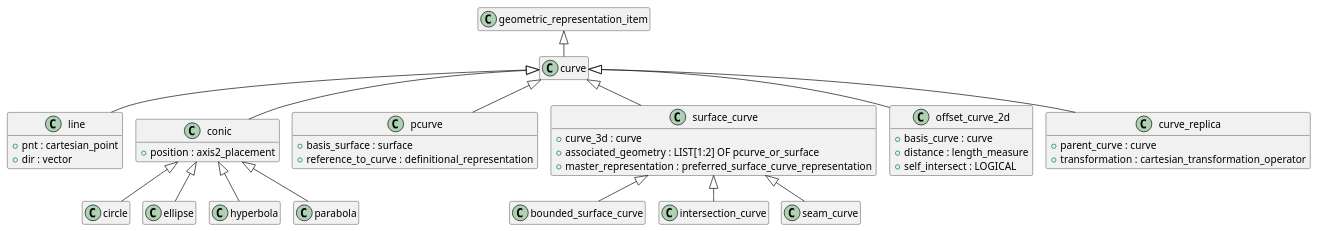
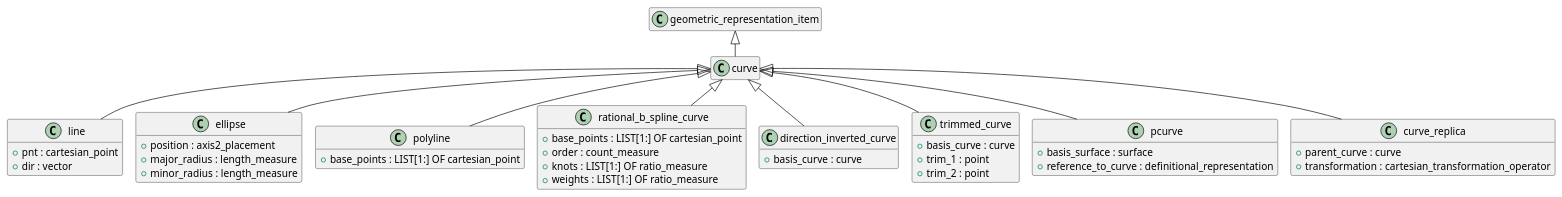
The diagram in 005_Geometry+Topology/geometry/source/curve.pu (chukkaba/10303), drawn with PlantUML before and after one commit. The commit also changed 1 other file, not shown here.

Commit message:
Доработано описание кривых и исходные данные для построения диаграммы классов.

```diff
--- a/005_Geometry+Topology/geometry/source/curve.pu
+++ b/005_Geometry+Topology/geometry/source/curve.pu
@@ -1,87 +1,67 @@
 @startuml
 skinparam groupInheritance 2
 !pragma layout smetana
 hide empty members
 
 class geometric_representation_item {
 }
 
 class curve {
 }
 
 class line {
   +pnt : cartesian_point
   +dir : vector
 }
 
-class conic {
+class ellipse {
   +position : axis2_placement
+  +major_radius : length_measure
+  +minor_radius : length_measure
 }
 
+class polyline {
+  + base_points : LIST[1:] OF cartesian_point
+}
 
+class rational_b_spline_curve {
+  + base_points : LIST[1:] OF cartesian_point
+  + order : count_measure
+  + knots : LIST[1:] OF ratio_measure
+  + weights : LIST[1:] OF ratio_measure
+}
+
+class direction_inverted_curve {
+  + basis_curve : curve
+}
+
+class trimmed_curve {
+  + basis_curve : curve
+  + trim_1 : point
+  + trim_2 : point
+}
 
 class pcurve {
   +basis_surface : surface
   +reference_to_curve : definitional_representation
-}
-
-class surface_curve {
-  +curve_3d : curve
-  +associated_geometry : LIST[1:2] OF pcurve_or_surface
-  +master_representation : preferred_surface_curve_representation
-}
-
-class offset_curve_2d {
-  +basis_curve : curve
-  +distance : length_measure
-  +self_intersect : LOGICAL
 }
 
 class curve_replica {
   +parent_curve : curve
   +transformation : cartesian_transformation_operator
 }
 
-class circle {
-}
-
-class ellipse {
-}
-
-class hyperbola {
-}
-
-class parabola {
-}
-
-
-class bounded_surface_curve {
-}
-
-
-class intersection_curve {
-}
-
-class seam_curve {
-}
 
 ' Наследование
 geometric_representation_item <|-- curve
 
 curve <|-- line
-curve <|-- conic
+curve <|-- ellipse
+curve <|-- polyline
+curve <|-- rational_b_spline_curve
+curve <|-- direction_inverted_curve
+curve <|-- trimmed_curve
 curve <|-- pcurve
-curve <|-- surface_curve
-curve <|-- offset_curve_2d
 curve <|-- curve_replica
 
-conic <|-- circle
-conic <|-- ellipse
-conic <|-- hyperbola
-conic <|-- parabola
-
-surface_curve <|-- intersection_curve
-surface_curve <|-- seam_curve
-surface_curve <|-- bounded_surface_curve
-
 @enduml
```
